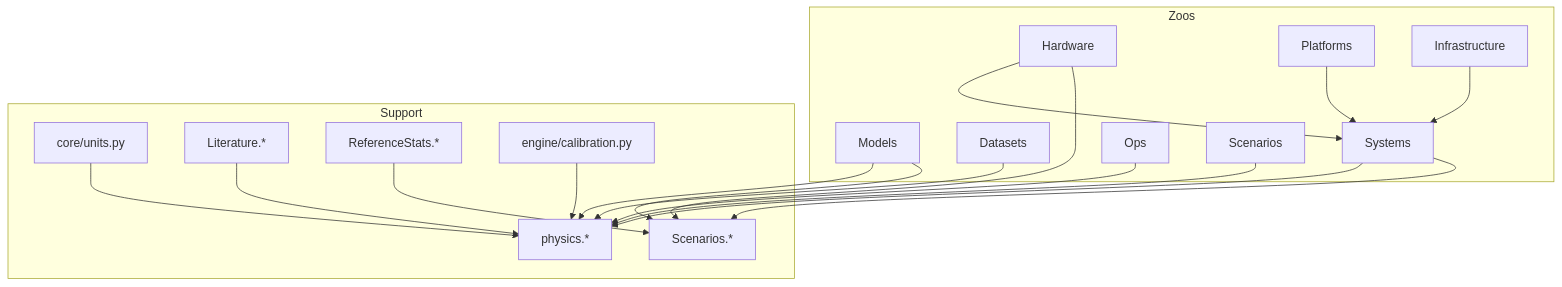
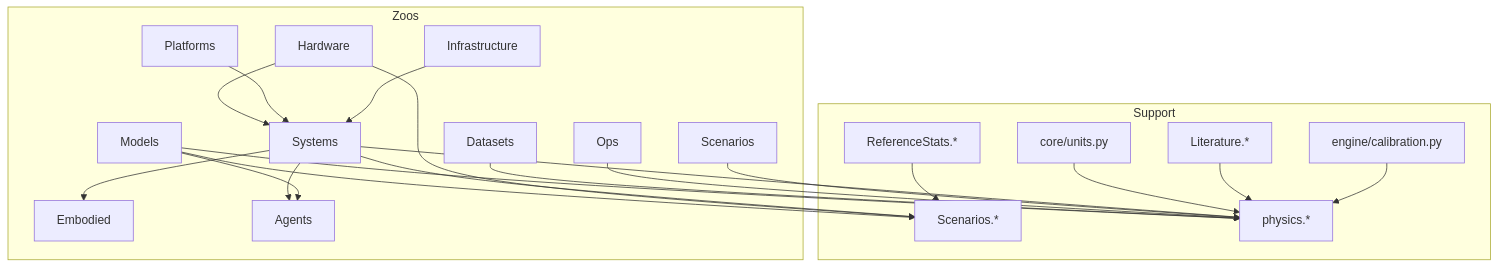
Before and after one commit to harvard-edge/cs249r_book: the diagram in mlsysim/docs/DATA_MODEL.md, drawn with Mermaid. The commit also changed other lines of this file and 17 other files, not shown here.

````diff
--- a/mlsysim/docs/DATA_MODEL.md
+++ b/mlsysim/docs/DATA_MODEL.md
@@ -65,36 +65,41 @@
 ```mermaid
 flowchart TB
   subgraph zoos [Zoos]
     Hardware
+    Embodied
+    Agents
     Models
     Datasets
     Platforms
     Infrastructure
     Systems
     Ops
     Scenarios
   end
   subgraph support [Support]
     units[core/units.py]
     literature[Literature.*]
     scenarios[Scenarios.*]
     referenceStats[ReferenceStats.*]
     calibration[engine/calibration.py]
     physics[physics.*]
   end
   Hardware --> Systems
   Platforms --> Systems
   Infrastructure --> Systems
+  Systems --> Agents
+  Systems --> Embodied
+  Models --> Agents
   Models --> physics
   Datasets --> physics
   units --> physics
   literature --> physics
   Ops --> physics
   Scenarios --> physics
   calibration --> physics
   Systems --> physics
   Models --> scenarios
   Hardware --> scenarios
   Systems --> scenarios
   referenceStats --> scenarios
 ```
````
